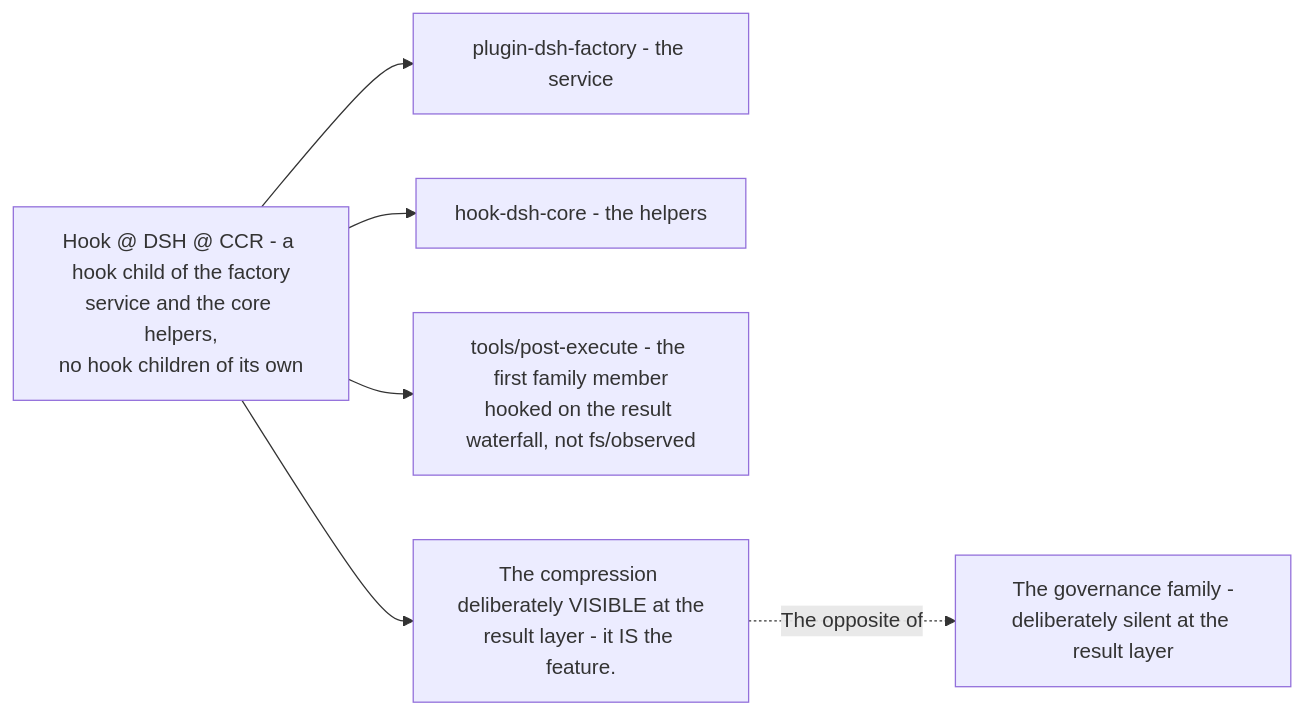
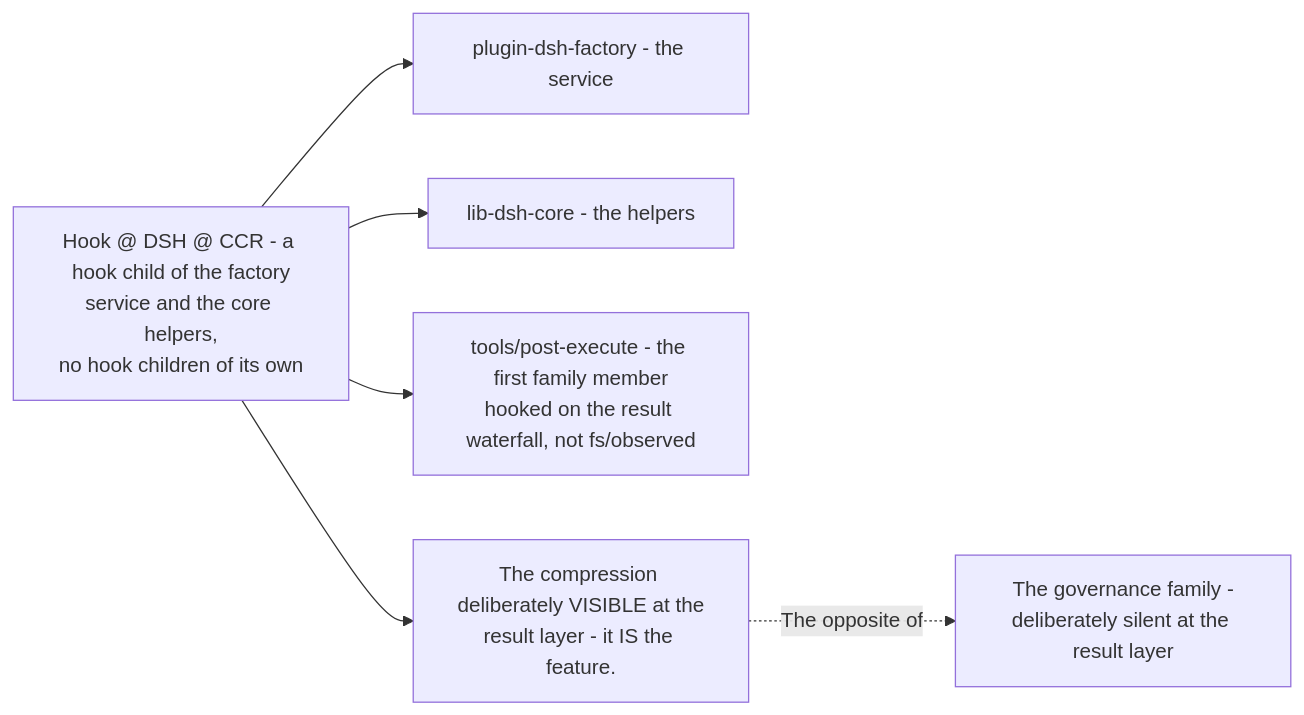
One commit to PlayForm/Site-DeepSeek changed the diagram in Source/Content/Mermaid/ccr-family-position.mmd. Above: the diagram before and after it, drawn with Mermaid. The commit also changed 161 other files, not shown here.

```diff
--- a/Source/Content/Mermaid/ccr-family-position.mmd
+++ b/Source/Content/Mermaid/ccr-family-position.mmd
@@ -1,7 +1,7 @@
 flowchart LR
 	CCRR["Hook @ DSH @ CCR - a hook child of the factory<br/>service and the core helpers,<br/>no hook children of its own"]
 	CCRR --> FACTORY["plugin-dsh-factory - the service"]
-	CCRR --> CORE["hook-dsh-core - the helpers"]
+	CCRR --> CORE["lib-dsh-core - the helpers"]
 	CCRR --> SEAM["tools/post-execute - the first family member<br/>hooked on the result waterfall, not fs/observed"]
 	CCRR --> VIS["The compression deliberately VISIBLE at the<br/>result layer - it IS the feature."]
 	VIS -. "The opposite of" .-> GOV["The governance family -<br/>deliberately silent at the result layer"]
```
